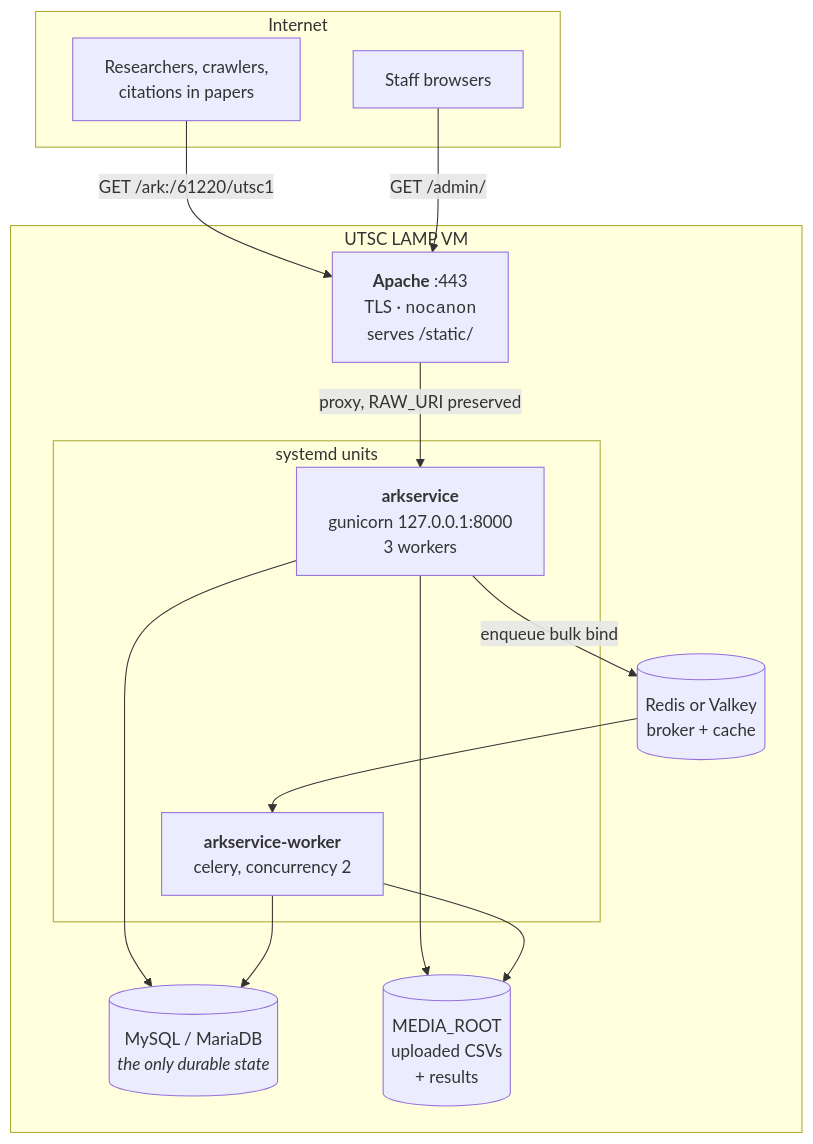
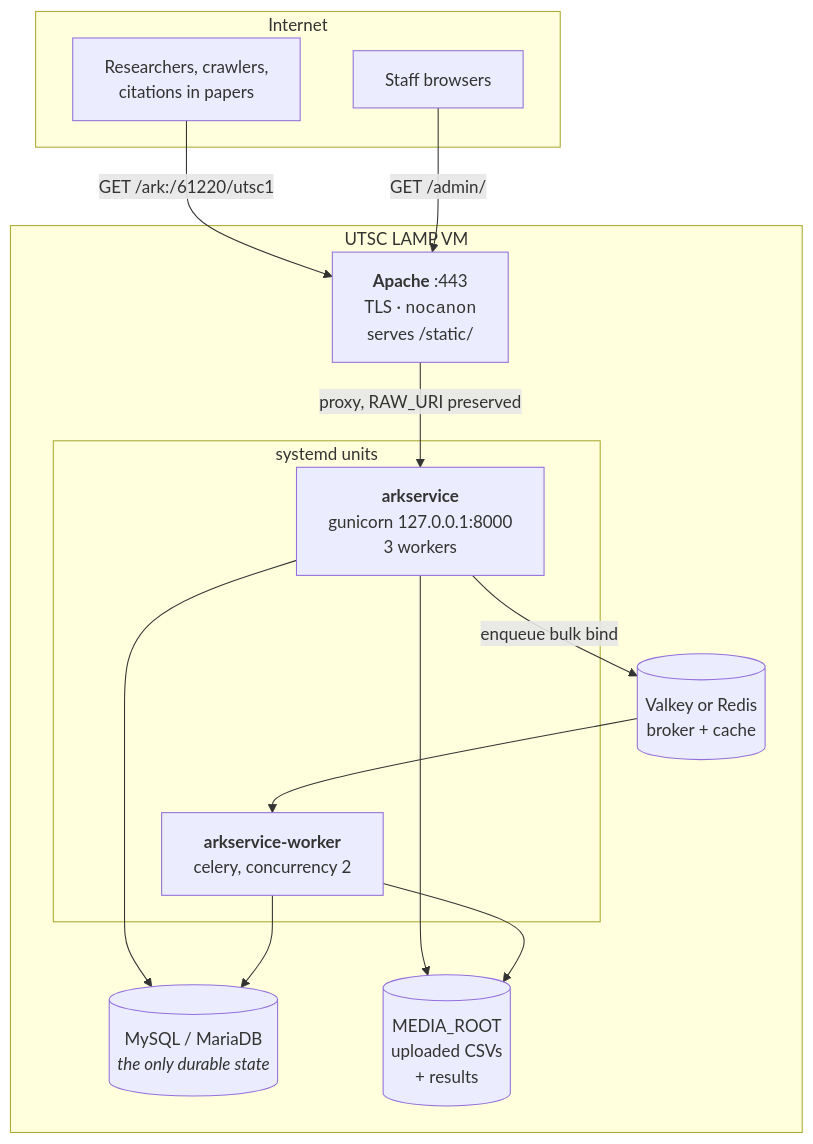
The second of 11 diagrams in README_EXTENDED.md (digitalutsc/arks-service), drawn with Mermaid before and after one commit. The commit also changed other lines of this file and 2 other files, not shown here.

First line of the commit message:
Document Valkey as the default broker, Redis as the alternative

````diff
--- a/README_EXTENDED.md
+++ b/README_EXTENDED.md
@@ -77,30 +77,30 @@
 ```mermaid
 flowchart TB
     subgraph WORLD["Internet"]
         U["Researchers, crawlers,<br/>citations in papers"]
         S["Staff browsers"]
     end
 
     subgraph VM["UTSC LAMP VM"]
         AP["<b>Apache</b> :443<br/>TLS · <code>nocanon</code><br/>serves /static/"]
 
         subgraph SYSTEMD["systemd units"]
             GU["<b>arkservice</b><br/>gunicorn 127.0.0.1:8000<br/>3 workers"]
             CW["<b>arkservice-worker</b><br/>celery, concurrency 2"]
         end
 
-        RD[("Redis or Valkey<br/>broker + cache")]
+        RD[("Valkey or Redis<br/>broker + cache")]
         DB[("MySQL / MariaDB<br/><i>the only durable state</i>")]
         MED[("MEDIA_ROOT<br/>uploaded CSVs<br/>+ results")]
     end
 
     U -->|"GET /ark:/61220/utsc1"| AP
     S -->|"GET /admin/"| AP
     AP -->|"proxy, RAW_URI preserved"| GU
     GU --> DB
     GU -->|"enqueue bulk bind"| RD
     RD --> CW
     CW --> DB
     GU --> MED
     CW --> MED
 ```
````
